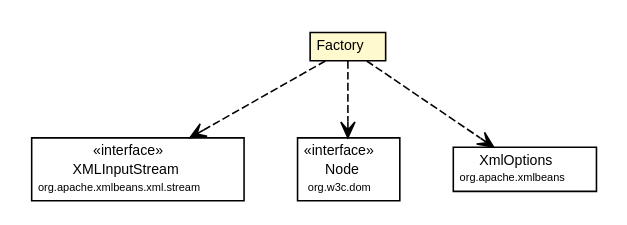
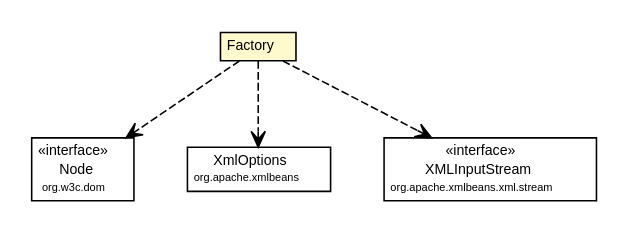
The diagram in site/apidocs/org/synchronoss/cpo/util/cpoUtilConfig/CtDataConfig.Factory.dot (synchronoss/cpo-util), drawn with Graphviz before and after one commit. The commit also changed 301 other files, not shown here.

Commit message:
Creating site for cpoUtil, 5.1.1-SNAPSHOT

```diff
--- a/site/apidocs/org/synchronoss/cpo/util/cpoUtilConfig/CtDataConfig.Factory.dot
+++ b/site/apidocs/org/synchronoss/cpo/util/cpoUtilConfig/CtDataConfig.Factory.dot
@@ -1,45 +1,45 @@
 #!/usr/local/bin/dot
 #
 # Class diagram 
 # Generated by UmlGraph version 4.6 (http://www.spinellis.gr/sw/umlgraph)
 #
 
 digraph G {
 	edge [fontname="Helvetica",fontsize=10,labelfontname="Helvetica",labelfontsize=10];
 	node [fontname="Helvetica",fontsize=10,shape=plaintext];
 	// org.synchronoss.cpo.util.cpoUtilConfig.CtDataConfig.Factory
 	c4689 [label=<<table border="0" cellborder="1" cellspacing="0" cellpadding="2" port="p" bgcolor="lemonChiffon" href="./CtDataConfig.Factory.html">
 		<tr><td><table border="0" cellspacing="0" cellpadding="1">
 			<tr><td> Factory </td></tr>
 		</table></td></tr>
 		</table>>, fontname="Helvetica", fontcolor="black", fontsize=9.0];
+	// org.synchronoss.cpo.util.cpoUtilConfig.CtDataConfig.Factory DEPEND org.w3c.dom.Node
+	c4689:p -> c4706:p [taillabel="", label="", headlabel="", fontname="Helvetica", fontcolor="black", fontsize=10.0, color="black", arrowhead=open, style=dashed];
+	// org.synchronoss.cpo.util.cpoUtilConfig.CtDataConfig.Factory DEPEND org.apache.xmlbeans.XmlOptions
+	c4689:p -> c4709:p [taillabel="", label="", headlabel="", fontname="Helvetica", fontcolor="black", fontsize=10.0, color="black", arrowhead=open, style=dashed];
 	// org.synchronoss.cpo.util.cpoUtilConfig.CtDataConfig.Factory DEPEND org.apache.xmlbeans.xml.stream.XMLInputStream
-	c4689:p -> c4706:p [taillabel="", label="", headlabel="", fontname="Helvetica", fontcolor="black", fontsize=10.0, color="black", arrowhead=open, style=dashed];
-	// org.synchronoss.cpo.util.cpoUtilConfig.CtDataConfig.Factory DEPEND org.w3c.dom.Node
-	c4689:p -> c4707:p [taillabel="", label="", headlabel="", fontname="Helvetica", fontcolor="black", fontsize=10.0, color="black", arrowhead=open, style=dashed];
-	// org.synchronoss.cpo.util.cpoUtilConfig.CtDataConfig.Factory DEPEND org.apache.xmlbeans.XmlOptions
 	c4689:p -> c4710:p [taillabel="", label="", headlabel="", fontname="Helvetica", fontcolor="black", fontsize=10.0, color="black", arrowhead=open, style=dashed];
 	// org.apache.xmlbeans.xml.stream.XMLInputStream
-	c4706 [label=<<table border="0" cellborder="1" cellspacing="0" cellpadding="2" port="p" href="http://java.sun.com/j2se/1.4.2/docs/api/org/apache/xmlbeans/xml/stream/XMLInputStream.html">
+	c4710 [label=<<table border="0" cellborder="1" cellspacing="0" cellpadding="2" port="p" href="http://java.sun.com/j2se/1.4.2/docs/api/org/apache/xmlbeans/xml/stream/XMLInputStream.html">
 		<tr><td><table border="0" cellspacing="0" cellpadding="1">
 			<tr><td> &laquo;interface&raquo; </td></tr>
 			<tr><td> XMLInputStream </td></tr>
 			<tr><td><font point-size="7.0"> org.apache.xmlbeans.xml.stream </font></td></tr>
 		</table></td></tr>
 		</table>>, fontname="Helvetica", fontcolor="black", fontsize=9.0];
 	// org.w3c.dom.Node
-	c4707 [label=<<table border="0" cellborder="1" cellspacing="0" cellpadding="2" port="p" href="http://java.sun.com/j2se/1.4.2/docs/api/org/w3c/dom/Node.html">
+	c4706 [label=<<table border="0" cellborder="1" cellspacing="0" cellpadding="2" port="p" href="http://java.sun.com/j2se/1.4.2/docs/api/org/w3c/dom/Node.html">
 		<tr><td><table border="0" cellspacing="0" cellpadding="1">
 			<tr><td> &laquo;interface&raquo; </td></tr>
 			<tr><td> Node </td></tr>
 			<tr><td><font point-size="7.0"> org.w3c.dom </font></td></tr>
 		</table></td></tr>
 		</table>>, fontname="Helvetica", fontcolor="black", fontsize=9.0];
 	// org.apache.xmlbeans.XmlOptions
-	c4710 [label=<<table border="0" cellborder="1" cellspacing="0" cellpadding="2" port="p" href="http://java.sun.com/j2se/1.4.2/docs/api/org/apache/xmlbeans/XmlOptions.html">
+	c4709 [label=<<table border="0" cellborder="1" cellspacing="0" cellpadding="2" port="p" href="http://java.sun.com/j2se/1.4.2/docs/api/org/apache/xmlbeans/XmlOptions.html">
 		<tr><td><table border="0" cellspacing="0" cellpadding="1">
 			<tr><td> XmlOptions </td></tr>
 			<tr><td><font point-size="7.0"> org.apache.xmlbeans </font></td></tr>
 		</table></td></tr>
 		</table>>, fontname="Helvetica", fontcolor="black", fontsize=9.0];
 }
```
